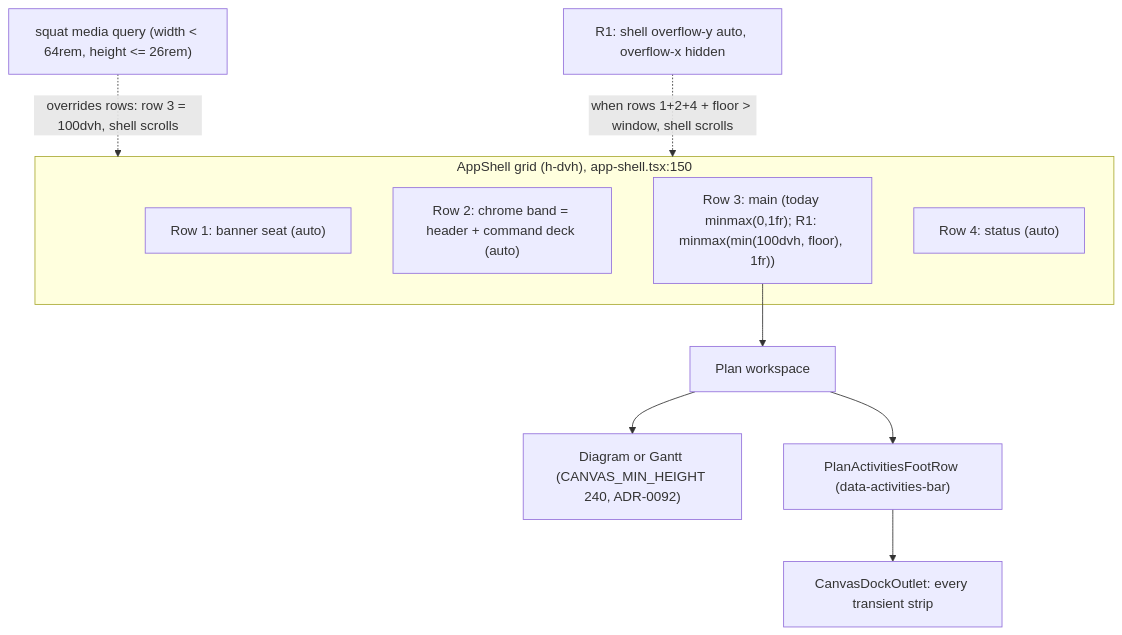
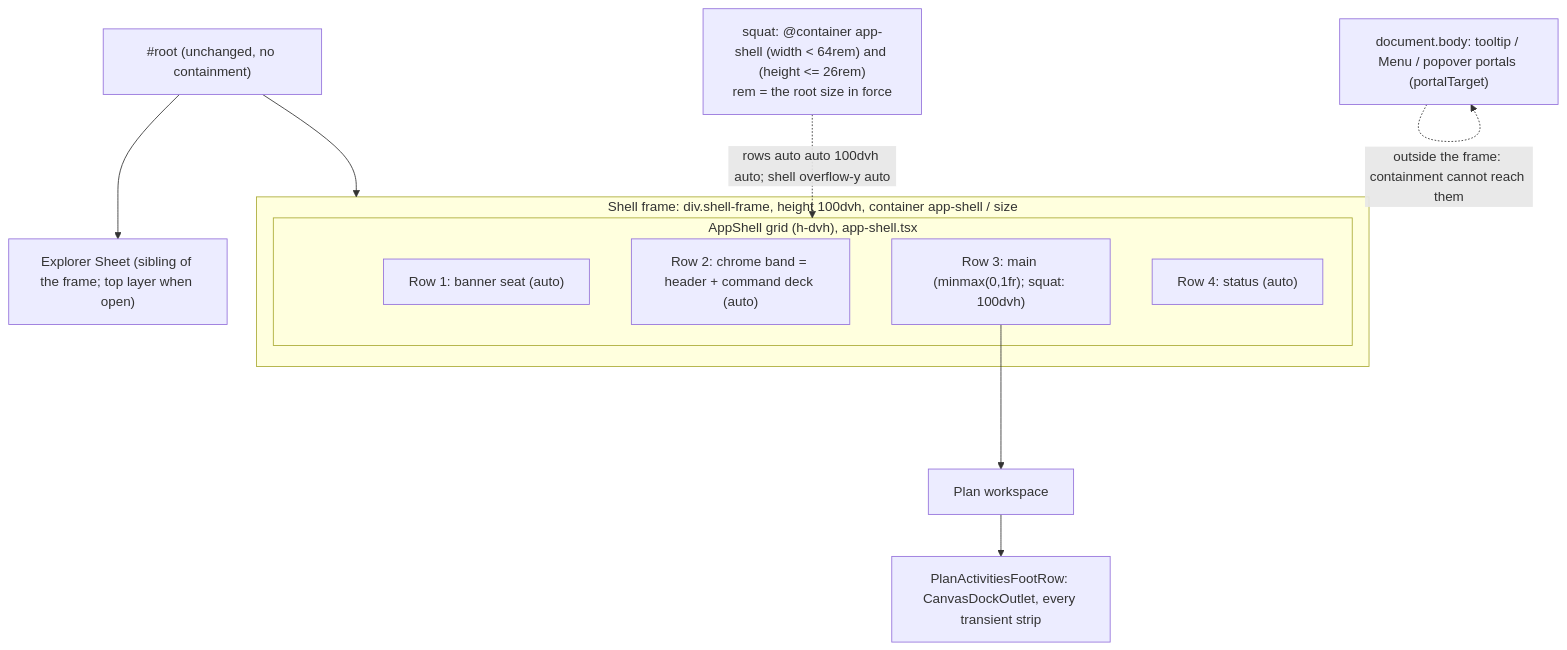
Before and after one commit to HuttonHomeHub/SchedulePoint_1: the first of 3 diagrams in docs/specs/large-text-dock/feature-spec.md, drawn with Mermaid. The commit also changed other lines of this file and 23 other files, not shown here.

Commit message:
feat(web): ask the shell frame, not the window, whether it is short (#569) (#1271)

````diff
--- a/docs/specs/large-text-dock/feature-spec.md
+++ b/docs/specs/large-text-dock/feature-spec.md
@@ -201,15 +190,17 @@
 ```mermaid
 flowchart TB
-  subgraph Shell["AppShell grid (h-dvh), app-shell.tsx:150"]
-    R1row["Row 1: banner seat (auto)"]
-    R2row["Row 2: chrome band = header + command deck (auto)"]
-    R3row["Row 3: main (today minmax(0,1fr); R1: minmax(min(100dvh, floor), 1fr))"]
-    R4row["Row 4: status (auto)"]
+  Root["#root (unchanged, no containment)"] --> Frame
+  subgraph Frame["Shell frame: div.shell-frame, height 100dvh, container app-shell / size"]
+    subgraph Shell["AppShell grid (h-dvh), app-shell.tsx"]
+      R1row["Row 1: banner seat (auto)"]
+      R2row["Row 2: chrome band = header + command deck (auto)"]
+      R3row["Row 3: main (minmax(0,1fr); squat: 100dvh)"]
+      R4row["Row 4: status (auto)"]
+    end
   end
+  Root --> Sheet["Explorer Sheet (sibling of the frame; top layer when open)"]
   R3row --> WS["Plan workspace"]
-  WS --> Stage["Diagram or Gantt (CANVAS_MIN_HEIGHT 240, ADR-0092)"]
-  WS --> Foot["PlanActivitiesFootRow (data-activities-bar)"]
-  Foot --> Outlet["CanvasDockOutlet: every transient strip"]
-  Squat["squat media query (width < 64rem, height <= 26rem)"] -. "overrides rows: row 3 = 100dvh, shell scrolls" .-> Shell
-  Floor["R1: shell overflow-y auto, overflow-x hidden"] -. "when rows 1+2+4 + floor > window, shell scrolls" .-> Shell
+  WS --> Foot["PlanActivitiesFootRow: CanvasDockOutlet, every transient strip"]
+  Squat["squat: @container app-shell (width < 64rem) and (height <= 26rem)<br/>rem = the root size in force"] -. "rows auto auto 100dvh auto; shell overflow-y auto" .-> Shell
+  Body["document.body: tooltip / Menu / popover portals (portalTarget)"] -. "outside the frame: containment cannot reach them" .-> Body
 ```
````
